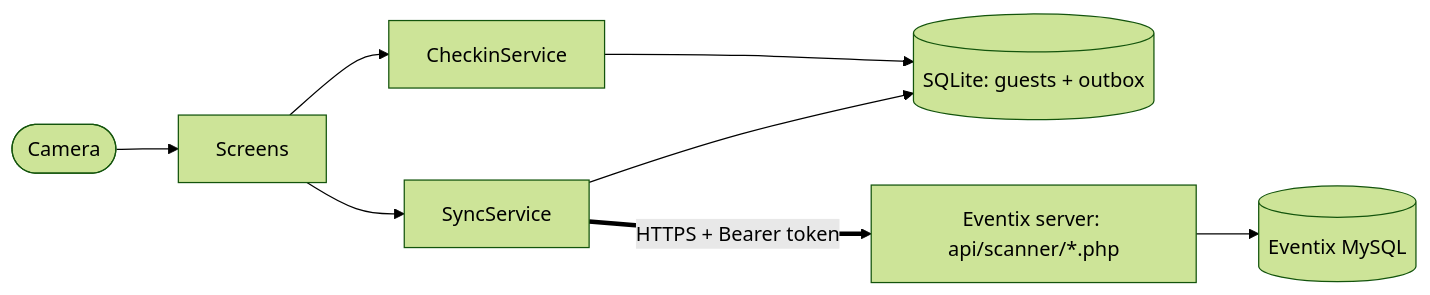
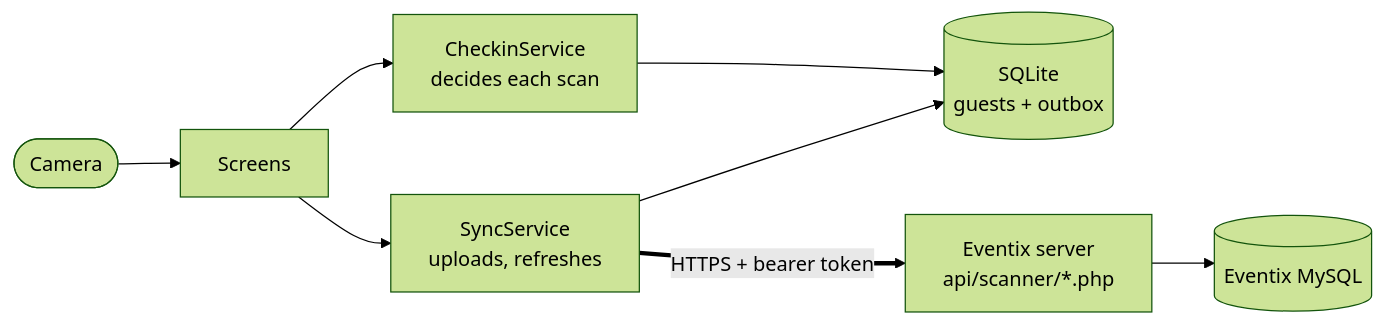
The diagram in README.md (alraisi2581-web/eventix-scanner), drawn with Mermaid (forest theme) before and after one commit. The commit also changed other lines of this file and 14 other files, not shown here.

````diff
--- a/README.md
+++ b/README.md
@@ -48,7 +191,7 @@
 ```mermaid
 flowchart LR
     Cam([Camera]) --> UI[Screens]
-    UI --> CS[CheckinService] --> DB[(SQLite: guests + outbox)]
-    UI --> SS[SyncService] --> DB
-    SS == HTTPS + Bearer token ==> API[Eventix server: api/scanner/*.php] --> MySQL[(Eventix MySQL)]
+    UI --> CS[CheckinService<br/>decides each scan] --> DB[(SQLite<br/>guests + outbox)]
+    UI --> SS[SyncService<br/>uploads, refreshes] --> DB
+    SS == HTTPS + bearer token ==> API[Eventix server<br/>api/scanner/*.php] --> MySQL[(Eventix MySQL)]
 ```
````
